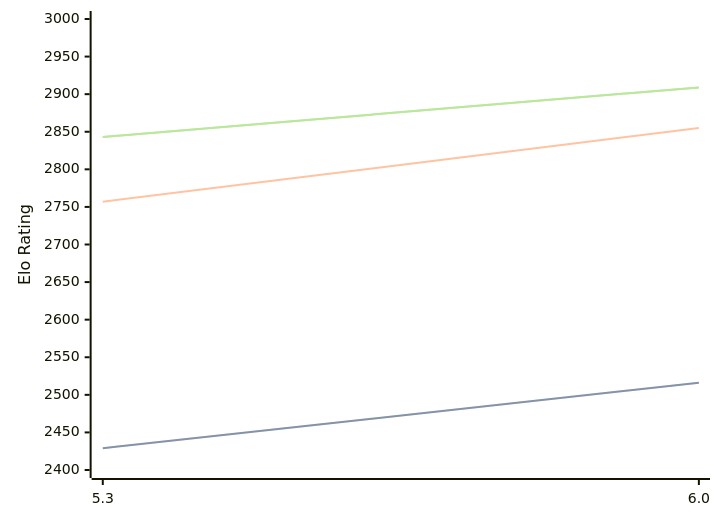
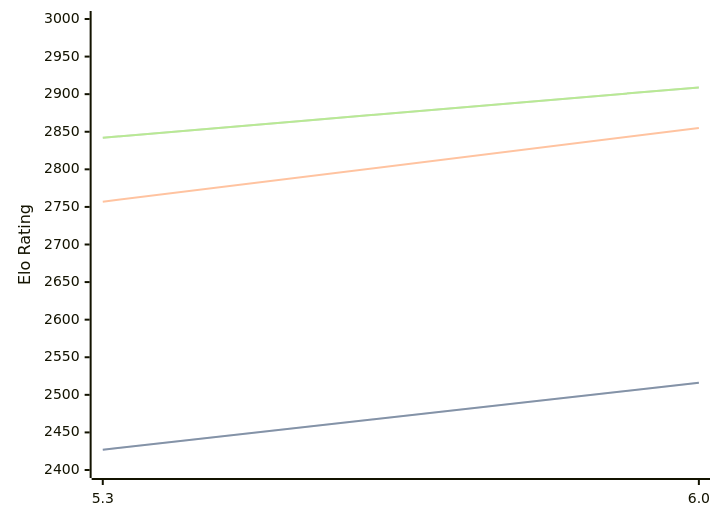
The diagram in engines/tomitankChess.md (computer-chess-index/cci), drawn with Mermaid before and after one commit. The commit also changed other lines of this file, not shown here.

Commit message:
Update CCI Ratings (ELO VLTC) - 2026-04-17

````diff
--- a/engines/tomitankChess.md
+++ b/engines/tomitankChess.md
@@ -40,11 +40,11 @@
 ```mermaid
 %%{init: {"theme":"base","themeVariables":{"seriesColors:['#a3a3a3','#222221','#faa371']}}}%%
 xychart-beta
   x-axis ["5.3", "6.0"]
   y-axis "Elo Rating" 2400 --> 3000
-  line "STC (8.0+0.08s)" [2429, 2516]
-  line "STC (8.0+0.08s)" [2429, 2516]
+  line "STC (8.0+0.08s)" [2427, 2516]
+  line "STC (8.0+0.08s)" [2427, 2516]
   line "LTC (60.0+0.60s)" [2757, 2855]
-  line "VLTC (2m24s+1.12s)" [2843, 2909]
-  line "VLTC (2m24s+1.12s)" [2843, 2909]
+  line "VLTC (2m24s+1.12s)" [2842, 2909]
+  line "VLTC (2m24s+1.12s)" [2842, 2909]
 ```
````
